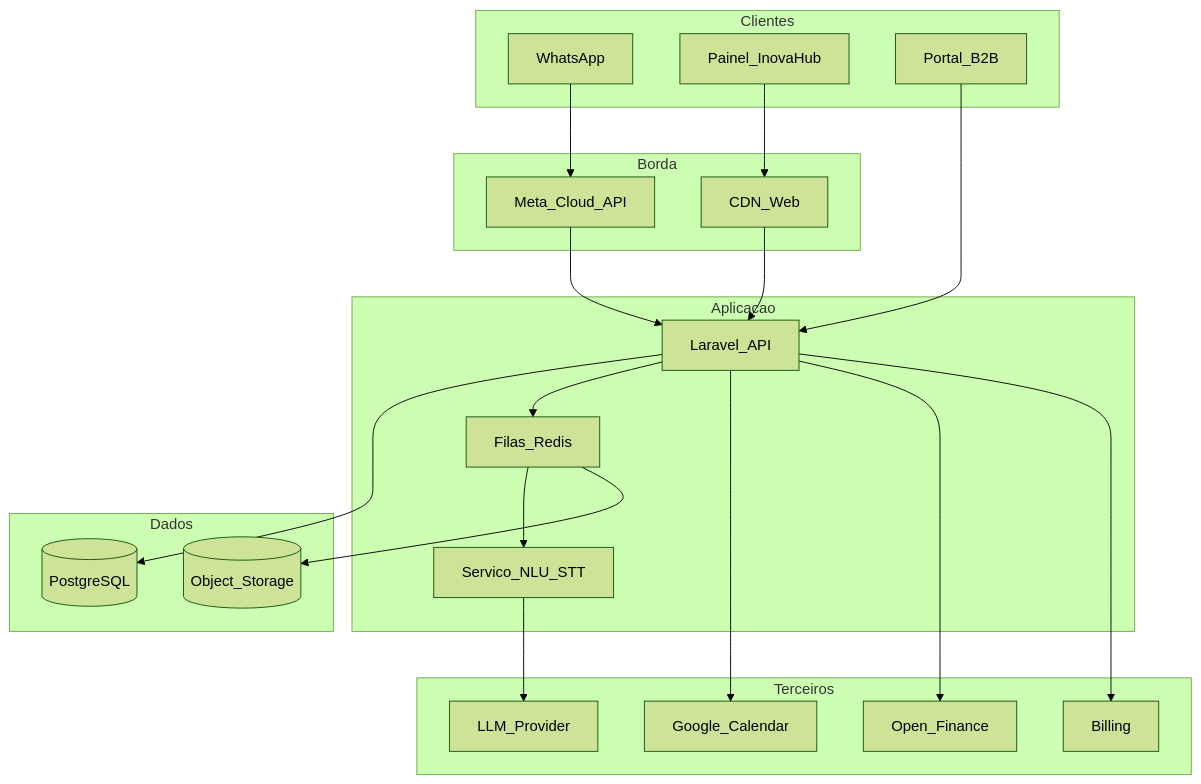
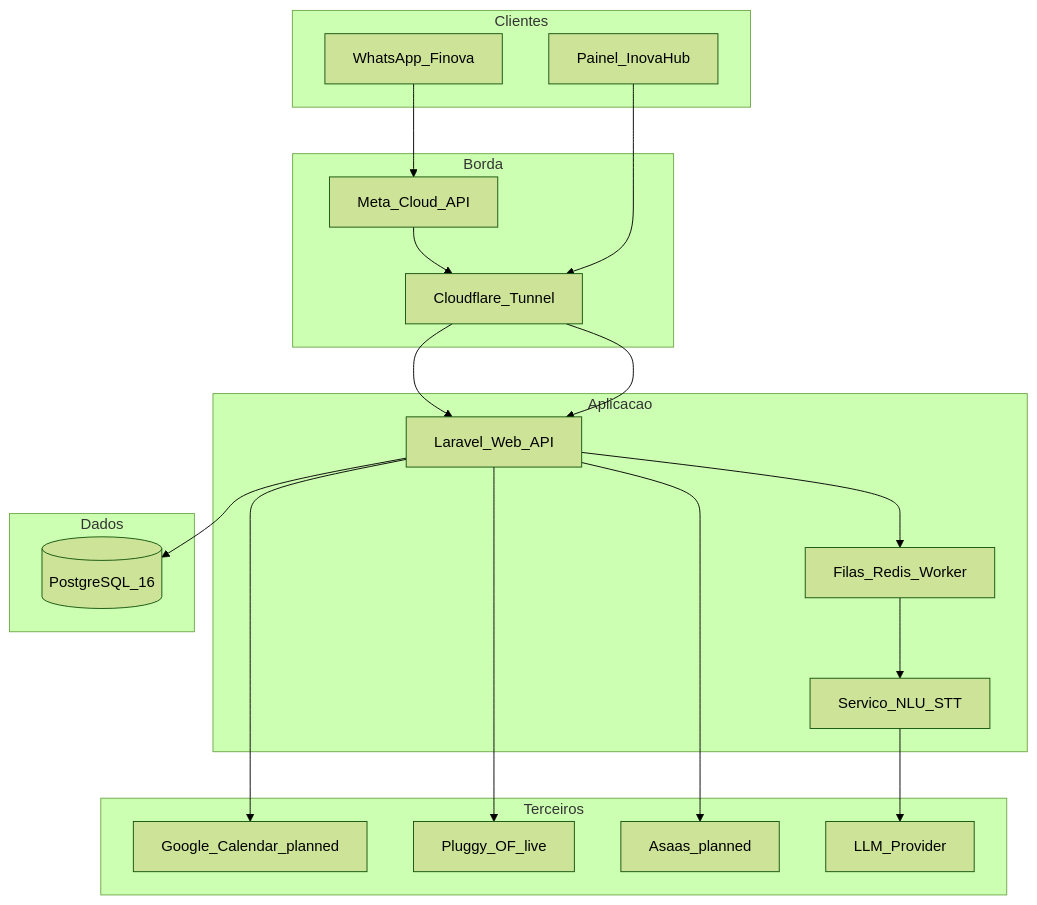
One commit to Kadu207/inova-hub changed the diagram in docs/10-architecture.md. Above: the diagram before and after it, drawn with Mermaid (forest theme). The commit also changed other lines of this file and 18 other files, not shown here.

First line of the commit message:
feat: D29 Google Calendar OAuth Hub + System Design v1.2

````diff
--- a/docs/10-architecture.md
+++ b/docs/10-architecture.md
@@ -7,38 +8,34 @@
 ```mermaid
 flowchart TB
   subgraph clients [Clientes]
-    WA[WhatsApp]
+    WA[WhatsApp_Finova]
     Web[Painel_InovaHub]
-    RH[Portal_B2B]
   end
   subgraph edge [Borda]
     Meta[Meta_Cloud_API]
-    CDN[CDN_Web]
+    CF[Cloudflare_Tunnel]
   end
   subgraph app [Aplicacao]
-    API[Laravel_API]
-    Worker[Filas_Redis]
+    API[Laravel_Web_API]
+    Worker[Filas_Redis_Worker]
     NLU[Servico_NLU_STT]
   end
   subgraph data [Dados]
-    PG[(PostgreSQL)]
-    S3[(Object_Storage)]
+    PG[(PostgreSQL_16)]
   end
   subgraph third [Terceiros]
-    GCal[Google_Calendar]
-    OF[Open_Finance]
-    Pay[Billing]
+    GCal[Google_Calendar_planned]
+    OF[Pluggy_OF_live]
+    Pay[Asaas_planned]
     LLM[LLM_Provider]
   end
-  WA --> Meta --> API
-  Web --> CDN --> API
-  RH --> API
+  WA --> Meta --> CF --> API
+  Web --> CF --> API
   API --> PG
   API --> Worker
   Worker --> NLU
   NLU --> LLM
   API --> GCal
   API --> OF
   API --> Pay
-  Worker --> S3
 ```
````
